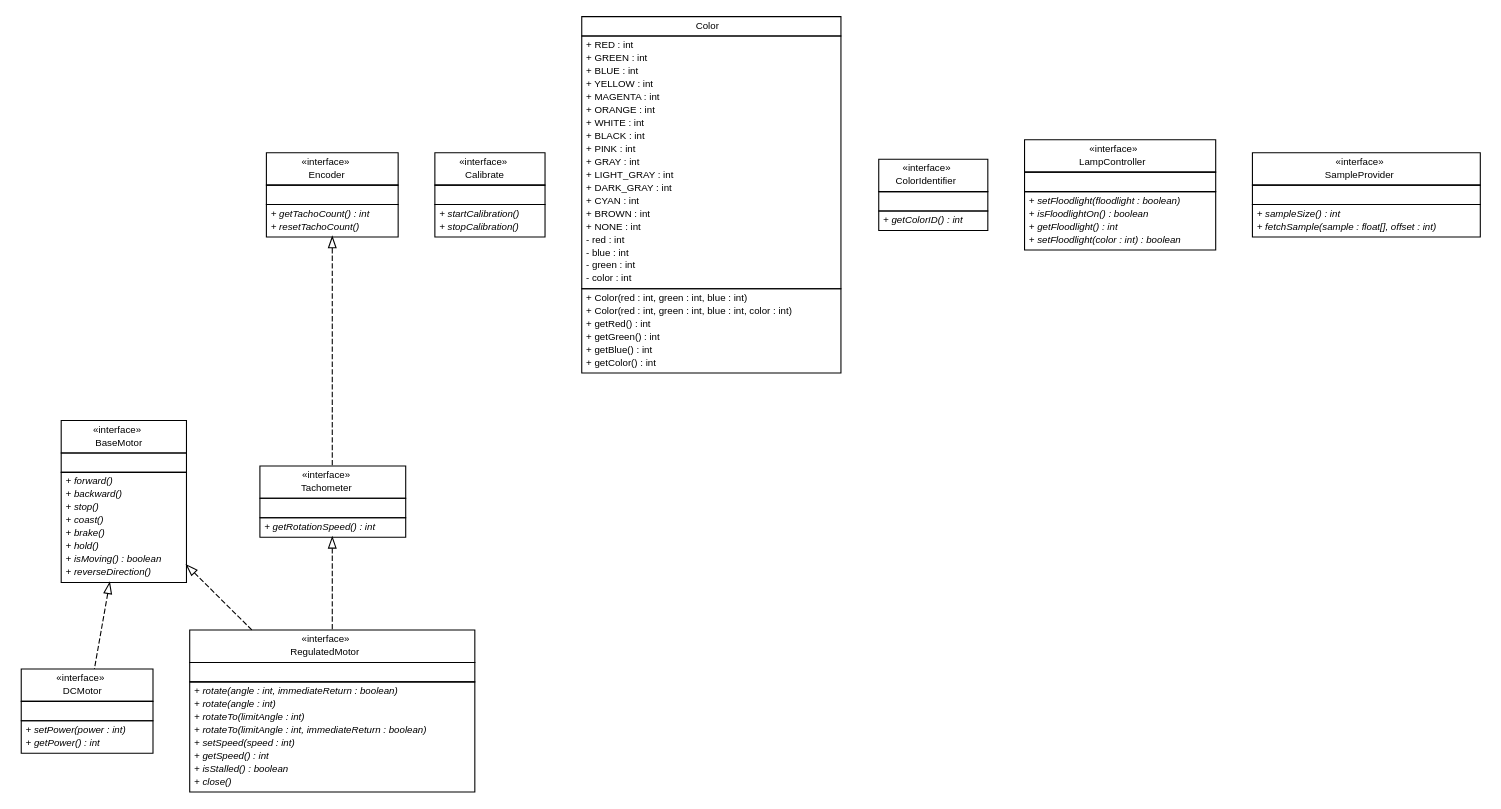
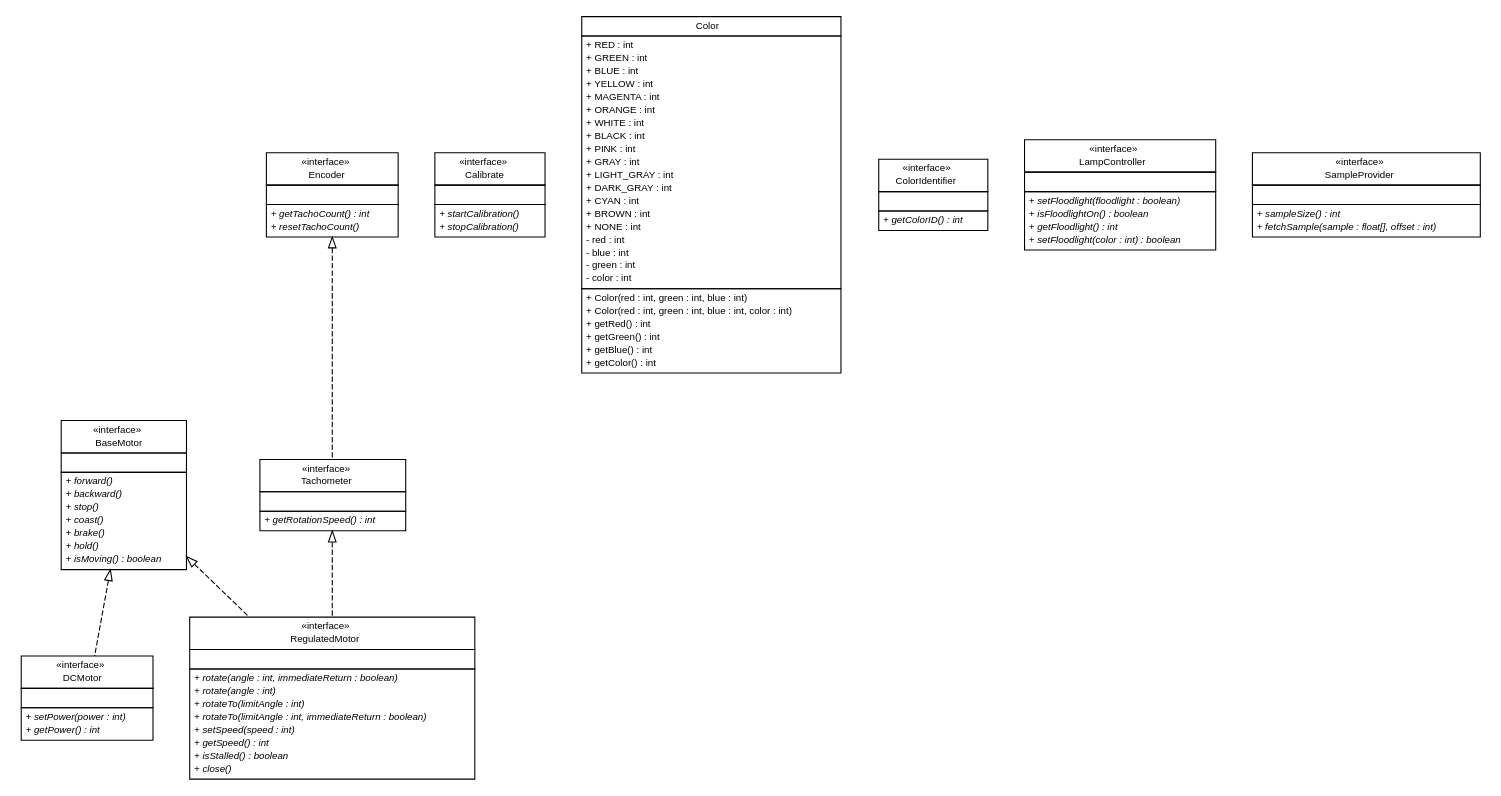
One commit to ev3dev-lang-java/ev3dev-lang-java changed the diagram in docs/api/lejos/robotics/lejos.robotics.dot. Above: the diagram before and after it, drawn with Graphviz. The commit also changed 167 other files, not shown here.

```diff
--- a/docs/api/lejos/robotics/lejos.robotics.dot
+++ b/docs/api/lejos/robotics/lejos.robotics.dot
@@ -1,193 +1,192 @@
 #!/usr/local/bin/dot
 #
 # Class diagram 
 # Generated by UMLGraph version R5_6-24-gf6e263 (http://www.umlgraph.org/)
 #
 
 digraph G {
 	edge [fontname="Helvetica",fontsize=10,labelfontname="Helvetica",labelfontsize=10];
 	node [fontname="Helvetica",fontsize=10,shape=plaintext];
 	nodesep=0.25;
 	ranksep=0.5;
 	// lejos.robotics.BaseMotor
 	c702 [label=<<table title="lejos.robotics.BaseMotor" border="0" cellborder="1" cellspacing="0" cellpadding="2" port="p" href="./BaseMotor.html">
 		<tr><td><table border="0" cellspacing="0" cellpadding="1">
 <tr><td align="center" balign="center"> &#171;interface&#187; </td></tr>
 <tr><td align="center" balign="center"> BaseMotor </td></tr>
 		</table></td></tr>
 		<tr><td><table border="0" cellspacing="0" cellpadding="1">
 <tr><td align="left" balign="left">  </td></tr>
 		</table></td></tr>
 		<tr><td><table border="0" cellspacing="0" cellpadding="1">
 <tr><td align="left" balign="left"><font face="Helvetica-Oblique" point-size="9.0"> + forward() </font></td></tr>
 <tr><td align="left" balign="left"><font face="Helvetica-Oblique" point-size="9.0"> + backward() </font></td></tr>
 <tr><td align="left" balign="left"><font face="Helvetica-Oblique" point-size="9.0"> + stop() </font></td></tr>
 <tr><td align="left" balign="left"><font face="Helvetica-Oblique" point-size="9.0"> + coast() </font></td></tr>
 <tr><td align="left" balign="left"><font face="Helvetica-Oblique" point-size="9.0"> + brake() </font></td></tr>
 <tr><td align="left" balign="left"><font face="Helvetica-Oblique" point-size="9.0"> + hold() </font></td></tr>
 <tr><td align="left" balign="left"><font face="Helvetica-Oblique" point-size="9.0"> + isMoving() : boolean </font></td></tr>
-<tr><td align="left" balign="left"><font face="Helvetica-Oblique" point-size="9.0"> + reverseDirection() </font></td></tr>
 		</table></td></tr>
 		</table>>, URL="./BaseMotor.html", fontname="Helvetica", fontcolor="black", fontsize=9.0];
 	// lejos.robotics.Calibrate
 	c703 [label=<<table title="lejos.robotics.Calibrate" border="0" cellborder="1" cellspacing="0" cellpadding="2" port="p" href="./Calibrate.html">
 		<tr><td><table border="0" cellspacing="0" cellpadding="1">
 <tr><td align="center" balign="center"> &#171;interface&#187; </td></tr>
 <tr><td align="center" balign="center"> Calibrate </td></tr>
 		</table></td></tr>
 		<tr><td><table border="0" cellspacing="0" cellpadding="1">
 <tr><td align="left" balign="left">  </td></tr>
 		</table></td></tr>
 		<tr><td><table border="0" cellspacing="0" cellpadding="1">
 <tr><td align="left" balign="left"><font face="Helvetica-Oblique" point-size="9.0"> + startCalibration() </font></td></tr>
 <tr><td align="left" balign="left"><font face="Helvetica-Oblique" point-size="9.0"> + stopCalibration() </font></td></tr>
 		</table></td></tr>
 		</table>>, URL="./Calibrate.html", fontname="Helvetica", fontcolor="black", fontsize=9.0];
 	// lejos.robotics.Color
 	c704 [label=<<table title="lejos.robotics.Color" border="0" cellborder="1" cellspacing="0" cellpadding="2" port="p" href="./Color.html">
 		<tr><td><table border="0" cellspacing="0" cellpadding="1">
 <tr><td align="center" balign="center"> Color </td></tr>
 		</table></td></tr>
 		<tr><td><table border="0" cellspacing="0" cellpadding="1">
 <tr><td align="left" balign="left"> + RED : int </td></tr>
 <tr><td align="left" balign="left"> + GREEN : int </td></tr>
 <tr><td align="left" balign="left"> + BLUE : int </td></tr>
 <tr><td align="left" balign="left"> + YELLOW : int </td></tr>
 <tr><td align="left" balign="left"> + MAGENTA : int </td></tr>
 <tr><td align="left" balign="left"> + ORANGE : int </td></tr>
 <tr><td align="left" balign="left"> + WHITE : int </td></tr>
 <tr><td align="left" balign="left"> + BLACK : int </td></tr>
 <tr><td align="left" balign="left"> + PINK : int </td></tr>
 <tr><td align="left" balign="left"> + GRAY : int </td></tr>
 <tr><td align="left" balign="left"> + LIGHT_GRAY : int </td></tr>
 <tr><td align="left" balign="left"> + DARK_GRAY : int </td></tr>
 <tr><td align="left" balign="left"> + CYAN : int </td></tr>
 <tr><td align="left" balign="left"> + BROWN : int </td></tr>
 <tr><td align="left" balign="left"> + NONE : int </td></tr>
 <tr><td align="left" balign="left"> - red : int </td></tr>
 <tr><td align="left" balign="left"> - blue : int </td></tr>
 <tr><td align="left" balign="left"> - green : int </td></tr>
 <tr><td align="left" balign="left"> - color : int </td></tr>
 		</table></td></tr>
 		<tr><td><table border="0" cellspacing="0" cellpadding="1">
 <tr><td align="left" balign="left"> + Color(red : int, green : int, blue : int) </td></tr>
 <tr><td align="left" balign="left"> + Color(red : int, green : int, blue : int, color : int) </td></tr>
 <tr><td align="left" balign="left"> + getRed() : int </td></tr>
 <tr><td align="left" balign="left"> + getGreen() : int </td></tr>
 <tr><td align="left" balign="left"> + getBlue() : int </td></tr>
 <tr><td align="left" balign="left"> + getColor() : int </td></tr>
 		</table></td></tr>
 		</table>>, URL="./Color.html", fontname="Helvetica", fontcolor="black", fontsize=9.0];
 	// lejos.robotics.ColorIdentifier
 	c705 [label=<<table title="lejos.robotics.ColorIdentifier" border="0" cellborder="1" cellspacing="0" cellpadding="2" port="p" href="./ColorIdentifier.html">
 		<tr><td><table border="0" cellspacing="0" cellpadding="1">
 <tr><td align="center" balign="center"> &#171;interface&#187; </td></tr>
 <tr><td align="center" balign="center"> ColorIdentifier </td></tr>
 		</table></td></tr>
 		<tr><td><table border="0" cellspacing="0" cellpadding="1">
 <tr><td align="left" balign="left">  </td></tr>
 		</table></td></tr>
 		<tr><td><table border="0" cellspacing="0" cellpadding="1">
 <tr><td align="left" balign="left"><font face="Helvetica-Oblique" point-size="9.0"> + getColorID() : int </font></td></tr>
 		</table></td></tr>
 		</table>>, URL="./ColorIdentifier.html", fontname="Helvetica", fontcolor="black", fontsize=9.0];
 	// lejos.robotics.DCMotor
 	c706 [label=<<table title="lejos.robotics.DCMotor" border="0" cellborder="1" cellspacing="0" cellpadding="2" port="p" href="./DCMotor.html">
 		<tr><td><table border="0" cellspacing="0" cellpadding="1">
 <tr><td align="center" balign="center"> &#171;interface&#187; </td></tr>
 <tr><td align="center" balign="center"> DCMotor </td></tr>
 		</table></td></tr>
 		<tr><td><table border="0" cellspacing="0" cellpadding="1">
 <tr><td align="left" balign="left">  </td></tr>
 		</table></td></tr>
 		<tr><td><table border="0" cellspacing="0" cellpadding="1">
 <tr><td align="left" balign="left"><font face="Helvetica-Oblique" point-size="9.0"> + setPower(power : int) </font></td></tr>
 <tr><td align="left" balign="left"><font face="Helvetica-Oblique" point-size="9.0"> + getPower() : int </font></td></tr>
 		</table></td></tr>
 		</table>>, URL="./DCMotor.html", fontname="Helvetica", fontcolor="black", fontsize=9.0];
 	// lejos.robotics.Encoder
 	c707 [label=<<table title="lejos.robotics.Encoder" border="0" cellborder="1" cellspacing="0" cellpadding="2" port="p" href="./Encoder.html">
 		<tr><td><table border="0" cellspacing="0" cellpadding="1">
 <tr><td align="center" balign="center"> &#171;interface&#187; </td></tr>
 <tr><td align="center" balign="center"> Encoder </td></tr>
 		</table></td></tr>
 		<tr><td><table border="0" cellspacing="0" cellpadding="1">
 <tr><td align="left" balign="left">  </td></tr>
 		</table></td></tr>
 		<tr><td><table border="0" cellspacing="0" cellpadding="1">
 <tr><td align="left" balign="left"><font face="Helvetica-Oblique" point-size="9.0"> + getTachoCount() : int </font></td></tr>
 <tr><td align="left" balign="left"><font face="Helvetica-Oblique" point-size="9.0"> + resetTachoCount() </font></td></tr>
 		</table></td></tr>
 		</table>>, URL="./Encoder.html", fontname="Helvetica", fontcolor="black", fontsize=9.0];
 	// lejos.robotics.LampController
 	c708 [label=<<table title="lejos.robotics.LampController" border="0" cellborder="1" cellspacing="0" cellpadding="2" port="p" href="./LampController.html">
 		<tr><td><table border="0" cellspacing="0" cellpadding="1">
 <tr><td align="center" balign="center"> &#171;interface&#187; </td></tr>
 <tr><td align="center" balign="center"> LampController </td></tr>
 		</table></td></tr>
 		<tr><td><table border="0" cellspacing="0" cellpadding="1">
 <tr><td align="left" balign="left">  </td></tr>
 		</table></td></tr>
 		<tr><td><table border="0" cellspacing="0" cellpadding="1">
 <tr><td align="left" balign="left"><font face="Helvetica-Oblique" point-size="9.0"> + setFloodlight(floodlight : boolean) </font></td></tr>
 <tr><td align="left" balign="left"><font face="Helvetica-Oblique" point-size="9.0"> + isFloodlightOn() : boolean </font></td></tr>
 <tr><td align="left" balign="left"><font face="Helvetica-Oblique" point-size="9.0"> + getFloodlight() : int </font></td></tr>
 <tr><td align="left" balign="left"><font face="Helvetica-Oblique" point-size="9.0"> + setFloodlight(color : int) : boolean </font></td></tr>
 		</table></td></tr>
 		</table>>, URL="./LampController.html", fontname="Helvetica", fontcolor="black", fontsize=9.0];
 	// lejos.robotics.RegulatedMotor
 	c709 [label=<<table title="lejos.robotics.RegulatedMotor" border="0" cellborder="1" cellspacing="0" cellpadding="2" port="p" href="./RegulatedMotor.html">
 		<tr><td><table border="0" cellspacing="0" cellpadding="1">
 <tr><td align="center" balign="center"> &#171;interface&#187; </td></tr>
 <tr><td align="center" balign="center"> RegulatedMotor </td></tr>
 		</table></td></tr>
 		<tr><td><table border="0" cellspacing="0" cellpadding="1">
 <tr><td align="left" balign="left">  </td></tr>
 		</table></td></tr>
 		<tr><td><table border="0" cellspacing="0" cellpadding="1">
 <tr><td align="left" balign="left"><font face="Helvetica-Oblique" point-size="9.0"> + rotate(angle : int, immediateReturn : boolean) </font></td></tr>
 <tr><td align="left" balign="left"><font face="Helvetica-Oblique" point-size="9.0"> + rotate(angle : int) </font></td></tr>
 <tr><td align="left" balign="left"><font face="Helvetica-Oblique" point-size="9.0"> + rotateTo(limitAngle : int) </font></td></tr>
 <tr><td align="left" balign="left"><font face="Helvetica-Oblique" point-size="9.0"> + rotateTo(limitAngle : int, immediateReturn : boolean) </font></td></tr>
 <tr><td align="left" balign="left"><font face="Helvetica-Oblique" point-size="9.0"> + setSpeed(speed : int) </font></td></tr>
 <tr><td align="left" balign="left"><font face="Helvetica-Oblique" point-size="9.0"> + getSpeed() : int </font></td></tr>
 <tr><td align="left" balign="left"><font face="Helvetica-Oblique" point-size="9.0"> + isStalled() : boolean </font></td></tr>
 <tr><td align="left" balign="left"><font face="Helvetica-Oblique" point-size="9.0"> + close() </font></td></tr>
 		</table></td></tr>
 		</table>>, URL="./RegulatedMotor.html", fontname="Helvetica", fontcolor="black", fontsize=9.0];
 	// lejos.robotics.SampleProvider
 	c710 [label=<<table title="lejos.robotics.SampleProvider" border="0" cellborder="1" cellspacing="0" cellpadding="2" port="p" href="./SampleProvider.html">
 		<tr><td><table border="0" cellspacing="0" cellpadding="1">
 <tr><td align="center" balign="center"> &#171;interface&#187; </td></tr>
 <tr><td align="center" balign="center"> SampleProvider </td></tr>
 		</table></td></tr>
 		<tr><td><table border="0" cellspacing="0" cellpadding="1">
 <tr><td align="left" balign="left">  </td></tr>
 		</table></td></tr>
 		<tr><td><table border="0" cellspacing="0" cellpadding="1">
 <tr><td align="left" balign="left"><font face="Helvetica-Oblique" point-size="9.0"> + sampleSize() : int </font></td></tr>
 <tr><td align="left" balign="left"><font face="Helvetica-Oblique" point-size="9.0"> + fetchSample(sample : float[], offset : int) </font></td></tr>
 		</table></td></tr>
 		</table>>, URL="./SampleProvider.html", fontname="Helvetica", fontcolor="black", fontsize=9.0];
 	// lejos.robotics.Tachometer
 	c711 [label=<<table title="lejos.robotics.Tachometer" border="0" cellborder="1" cellspacing="0" cellpadding="2" port="p" href="./Tachometer.html">
 		<tr><td><table border="0" cellspacing="0" cellpadding="1">
 <tr><td align="center" balign="center"> &#171;interface&#187; </td></tr>
 <tr><td align="center" balign="center"> Tachometer </td></tr>
 		</table></td></tr>
 		<tr><td><table border="0" cellspacing="0" cellpadding="1">
 <tr><td align="left" balign="left">  </td></tr>
 		</table></td></tr>
 		<tr><td><table border="0" cellspacing="0" cellpadding="1">
 <tr><td align="left" balign="left"><font face="Helvetica-Oblique" point-size="9.0"> + getRotationSpeed() : int </font></td></tr>
 		</table></td></tr>
 		</table>>, URL="./Tachometer.html", fontname="Helvetica", fontcolor="black", fontsize=9.0];
 	//lejos.robotics.DCMotor implements lejos.robotics.BaseMotor
 	c702:p -> c706:p [dir=back,arrowtail=empty,style=dashed];
 	//lejos.robotics.RegulatedMotor implements lejos.robotics.BaseMotor
 	c702:p -> c709:p [dir=back,arrowtail=empty,style=dashed];
 	//lejos.robotics.RegulatedMotor implements lejos.robotics.Tachometer
 	c711:p -> c709:p [dir=back,arrowtail=empty,style=dashed];
 	//lejos.robotics.Tachometer implements lejos.robotics.Encoder
 	c707:p -> c711:p [dir=back,arrowtail=empty,style=dashed];
 }
```
